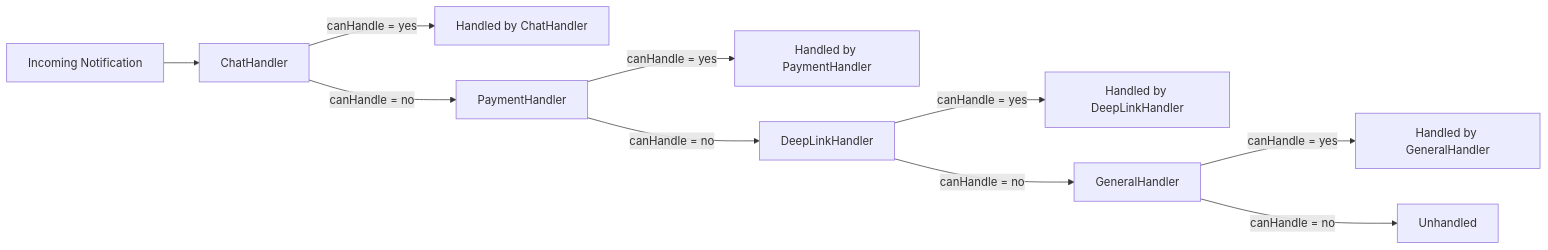
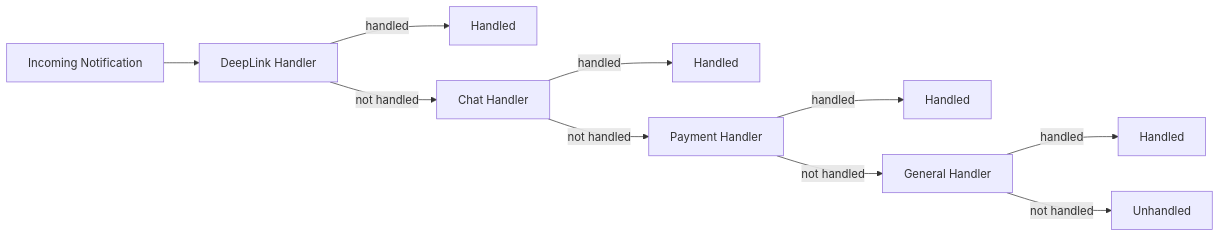
The first of 2 diagrams in src/patterns/behavioral/chain-of-responsibility/README.md (sallySalem/react-native-pattern-playground), drawn with Mermaid before and after one commit. The commit also changed other lines of this file and 2 other files, not shown here.

````diff
--- a/src/patterns/behavioral/chain-of-responsibility/README.md
+++ b/src/patterns/behavioral/chain-of-responsibility/README.md
@@ -51,12 +68,12 @@
 ```mermaid
-graph LR
-    A[Incoming Notification] --> B[ChatHandler]
-    B -->|canHandle = yes| Z[Handled by ChatHandler]
-    B -->|canHandle = no| C[PaymentHandler]
-    C -->|canHandle = yes| Z2[Handled by PaymentHandler]
-    C -->|canHandle = no| D[DeepLinkHandler]
-    D -->|canHandle = yes| Z3[Handled by DeepLinkHandler]
-    D -->|canHandle = no| E[GeneralHandler]
-    E -->|canHandle = yes| Z4[Handled by GeneralHandler]
-    E -->|canHandle = no| F[Unhandled]
+flowchart LR
+    N[Incoming Notification] --> D[DeepLink Handler]
+    D -->|handled| H1[Handled]
+    D -->|not handled| C[Chat Handler]
+    C -->|handled| H2[Handled]
+    C -->|not handled| P[Payment Handler]
+    P -->|handled| H3[Handled]
+    P -->|not handled| G[General Handler]
+    G -->|handled| H4[Handled]
+    G -->|not handled| U[Unhandled]
 ```
````
